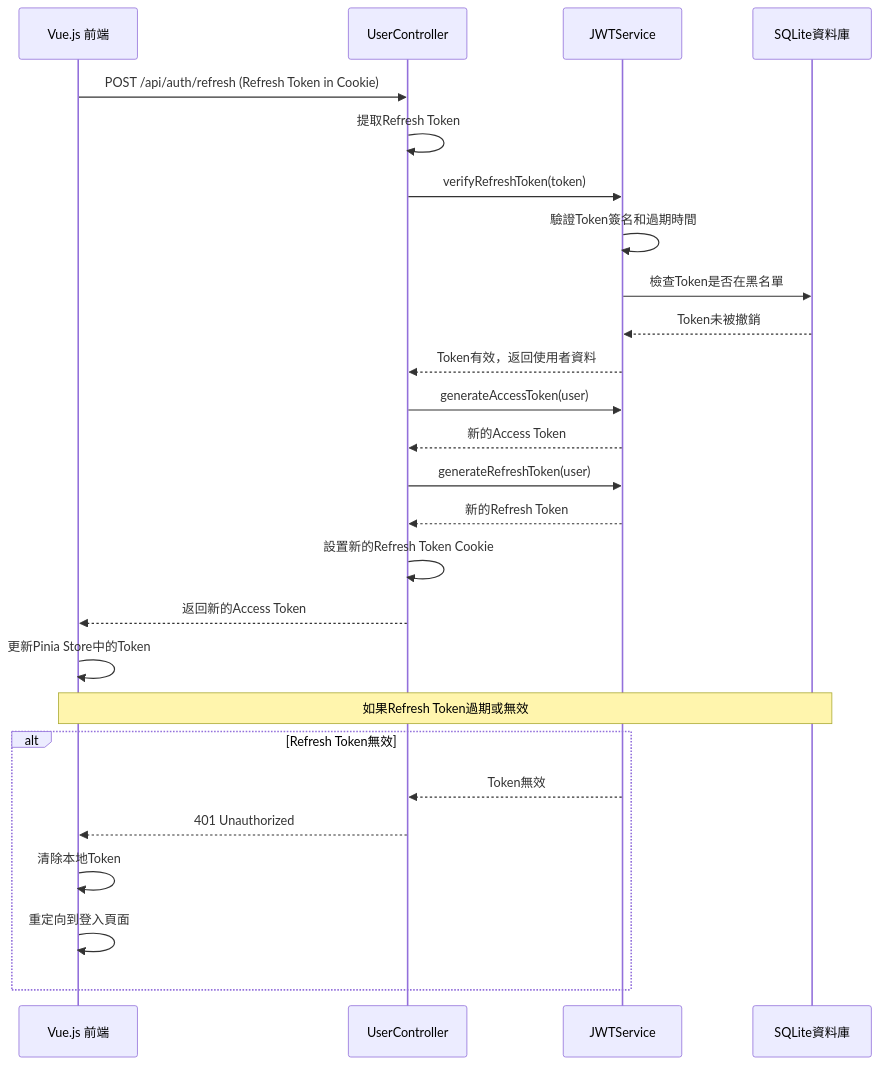
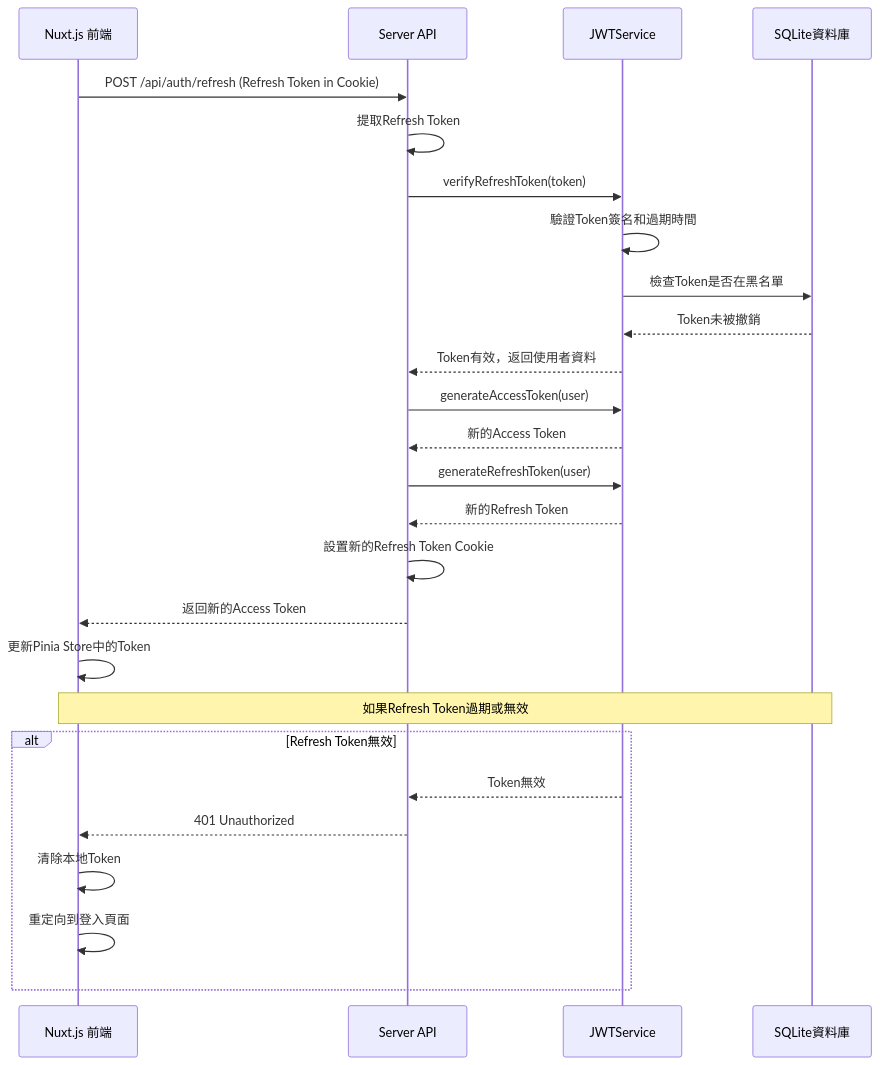
Before and after one commit to ayugioh2003/ooad-ai: the eighth of 8 diagrams in aotter-wow-system/docs/sequence-diagram.md, drawn with Mermaid. The commit also changed other lines of this file and 3 other files, not shown here.

First line of the commit message:
Refactor architecture documentation to reflect Nuxt.js integration and update class and sequence diagrams for API handlers

````diff
--- a/aotter-wow-system/docs/sequence-diagram.md
+++ b/aotter-wow-system/docs/sequence-diagram.md
@@ -314,30 +314,30 @@
 ```mermaid
 sequenceDiagram
-    participant UI as Vue.js 前端
-    participant UC as UserController
+    participant UI as Nuxt.js 前端
+    participant API as Server API
     participant JS as JWTService
     participant DB as SQLite資料庫
 
-    UI->>UC: POST /api/auth/refresh (Refresh Token in Cookie)
-    UC->>UC: 提取Refresh Token
-    UC->>JS: verifyRefreshToken(token)
+    UI->>API: POST /api/auth/refresh (Refresh Token in Cookie)
+    API->>API: 提取Refresh Token
+    API->>JS: verifyRefreshToken(token)
     JS->>JS: 驗證Token簽名和過期時間
     JS->>DB: 檢查Token是否在黑名單
     DB-->>JS: Token未被撤銷
-    JS-->>UC: Token有效，返回使用者資料
-    UC->>JS: generateAccessToken(user)
-    JS-->>UC: 新的Access Token
-    UC->>JS: generateRefreshToken(user)
-    JS-->>UC: 新的Refresh Token
-    UC->>UC: 設置新的Refresh Token Cookie
-    UC-->>UI: 返回新的Access Token
+    JS-->>API: Token有效，返回使用者資料
+    API->>JS: generateAccessToken(user)
+    JS-->>API: 新的Access Token
+    API->>JS: generateRefreshToken(user)
+    JS-->>API: 新的Refresh Token
+    API->>API: 設置新的Refresh Token Cookie
+    API-->>UI: 返回新的Access Token
     UI->>UI: 更新Pinia Store中的Token
     
     Note over UI,DB: 如果Refresh Token過期或無效
     alt Refresh Token無效
-        JS-->>UC: Token無效
-        UC-->>UI: 401 Unauthorized
+        JS-->>API: Token無效
+        API-->>UI: 401 Unauthorized
         UI->>UI: 清除本地Token
         UI->>UI: 重定向到登入頁面
     end
 ```
````
